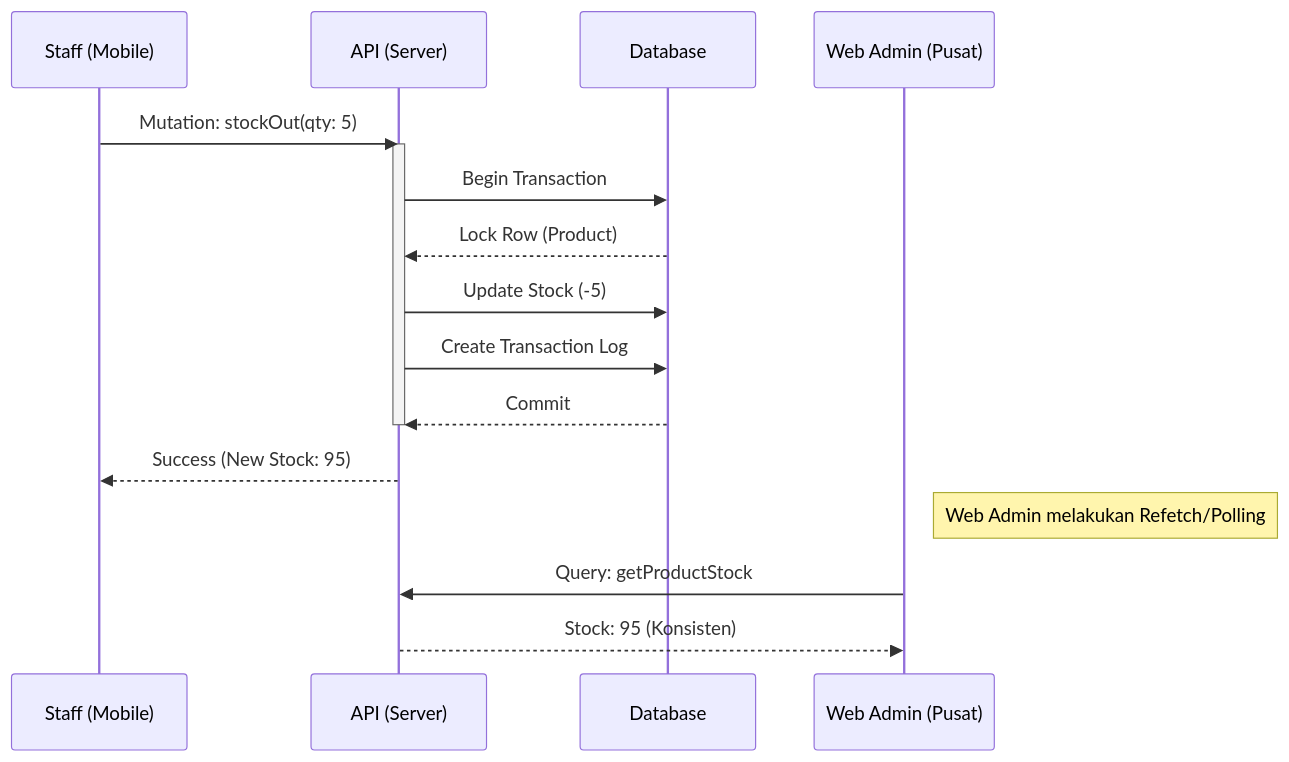
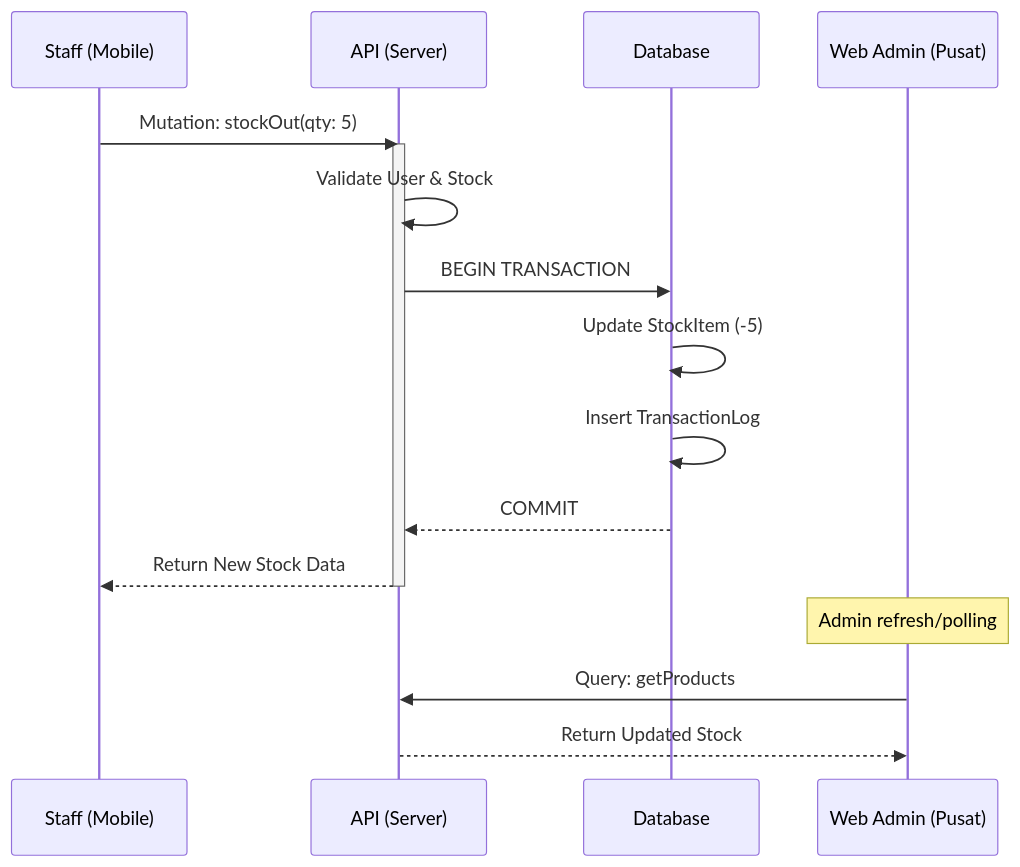
Before and after one commit to DevZkafnd/Nexus-Inventory-System: the second of 2 diagrams in README.md, drawn with Mermaid. The commit also changed other lines of this file and 5 other files, not shown here.

````diff
--- a/README.md
+++ b/README.md
@@ -92,21 +311,21 @@
 ```mermaid
 sequenceDiagram
     participant S as Staff (Mobile)
     participant A as API (Server)
     participant D as Database
     participant W as Web Admin (Pusat)
 
     S->>A: Mutation: stockOut(qty: 5)
     activate A
-    A->>D: Begin Transaction
-    D-->>A: Lock Row (Product)
-    A->>D: Update Stock (-5)
-    A->>D: Create Transaction Log
-    D-->>A: Commit
+    A->>A: Validate User & Stock
+    A->>D: BEGIN TRANSACTION
+    D->>D: Update StockItem (-5)
+    D->>D: Insert TransactionLog
+    D-->>A: COMMIT
+    A-->>S: Return New Stock Data
     deactivate A
-    A-->>S: Success (New Stock: 95)
     
-    Note right of W: Web Admin melakukan Refetch/Polling
-    W->>A: Query: getProductStock
-    A-->>W: Stock: 95 (Konsisten)
+    Note over W: Admin refresh/polling
+    W->>A: Query: getProducts
+    A-->>W: Return Updated Stock
 ```
````
